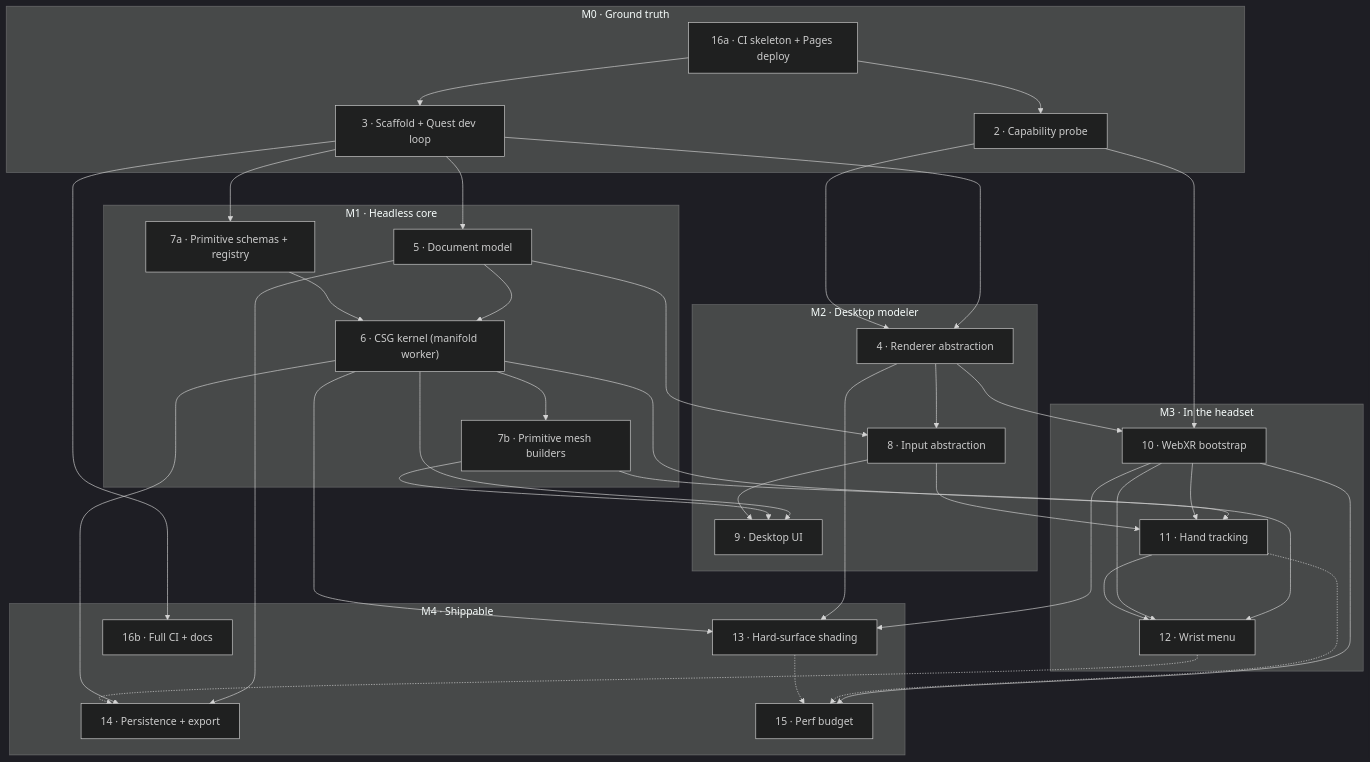
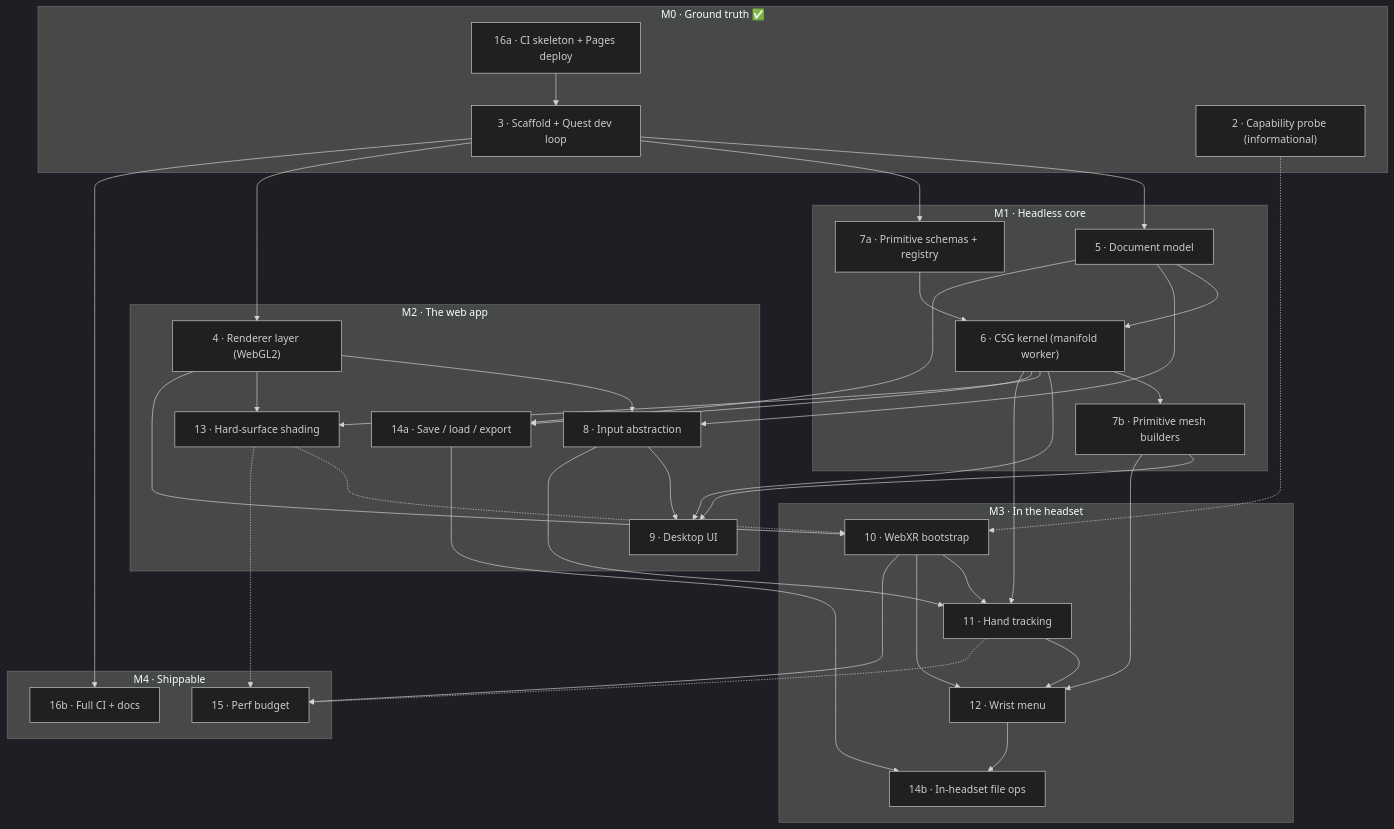
One commit to kruddage/carve changed the diagram in docs/roadmap.md. Above: the diagram before and after it, drawn with Mermaid (dark theme). The commit also changed other lines of this file and 6 other files, not shown here.

First line of the commit message:
docs: WebGL2 only, and the web app as a deliverable (#27)

````diff
--- a/docs/roadmap.md
+++ b/docs/roadmap.md
@@ -16,71 +36,71 @@
 ```mermaid
 graph TD
-    subgraph M0["M0 · Ground truth"]
+    subgraph M0["M0 · Ground truth ✅"]
         I16a["16a · CI skeleton + Pages deploy"]
         I3["3 · Scaffold + Quest dev loop"]
-        I2["2 · Capability probe"]
+        I2["2 · Capability probe (informational)"]
     end
 
     subgraph M1["M1 · Headless core"]
         I5["5 · Document model"]
         I7a["7a · Primitive schemas + registry"]
         I6["6 · CSG kernel (manifold worker)"]
         I7b["7b · Primitive mesh builders"]
     end
 
-    subgraph M2["M2 · Desktop modeler"]
-        I4["4 · Renderer abstraction"]
+    subgraph M2["M2 · The web app"]
+        I4["4 · Renderer layer (WebGL2)"]
         I8["8 · Input abstraction"]
         I9["9 · Desktop UI"]
+        I13["13 · Hard-surface shading"]
+        I14a["14a · Save / load / export"]
     end
 
     subgraph M3["M3 · In the headset"]
         I10["10 · WebXR bootstrap"]
         I11["11 · Hand tracking"]
         I12["12 · Wrist menu"]
+        I14b["14b · In-headset file ops"]
     end
 
     subgraph M4["M4 · Shippable"]
-        I13["13 · Hard-surface shading"]
-        I14["14 · Persistence + export"]
         I15["15 · Perf budget"]
         I16b["16b · Full CI + docs"]
     end
 
-    I16a --> I2
     I16a --> I3
     I3 --> I5
     I3 --> I7a
     I3 --> I4
     I3 --> I16b
-    I2 --> I4
-    I2 --> I10
 
     I5 --> I6
     I7a --> I6
     I6 --> I7b
 
     I5 --> I8
     I4 --> I8
     I6 --> I9
     I7b --> I9
     I8 --> I9
+    I4 --> I13
+    I6 --> I13
+    I5 --> I14a
+    I6 --> I14a
 
     I4 --> I10
+    I2 -.-> I10
     I6 --> I11
     I8 --> I11
     I10 --> I11
     I7b --> I12
     I10 --> I12
     I11 --> I12
+    I12 --> I14b
+    I14a --> I14b
+    I13 -.-> I10
 
-    I4 --> I13
-    I6 --> I13
-    I10 --> I13
-    I5 --> I14
-    I6 --> I14
-    I12 -.-> I14
     I10 --> I15
     I11 -.-> I15
     I13 -.-> I15
 ```
````
